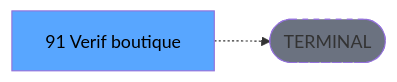
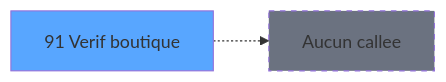
Before and after one commit to thonyAGP/lecteur-magic: the third of 3 diagrams in .openspec/specs/ADH-IDE-91.md, drawn with Mermaid. The commit also changed other lines of this file and 96 other files, not shown here.

````diff
--- a/.openspec/specs/ADH-IDE-91.md
+++ b/.openspec/specs/ADH-IDE-91.md
@@ -134,8 +191,8 @@
 ```mermaid
 graph LR
-    T[91 Verif boutique]
-    TERM([TERMINAL])
-    T -.-> TERM
-    style TERM fill:#6b7280,stroke-dasharray: 5 5
-    style T fill:#58a6ff,color:#000
+    T91[91 Verif boutique]
+    style T91 fill:#58a6ff
+    NONE[Aucun callee]
+    T91 -.-> NONE
+    style NONE fill:#6b7280,stroke-dasharray: 5 5
 ```
````
